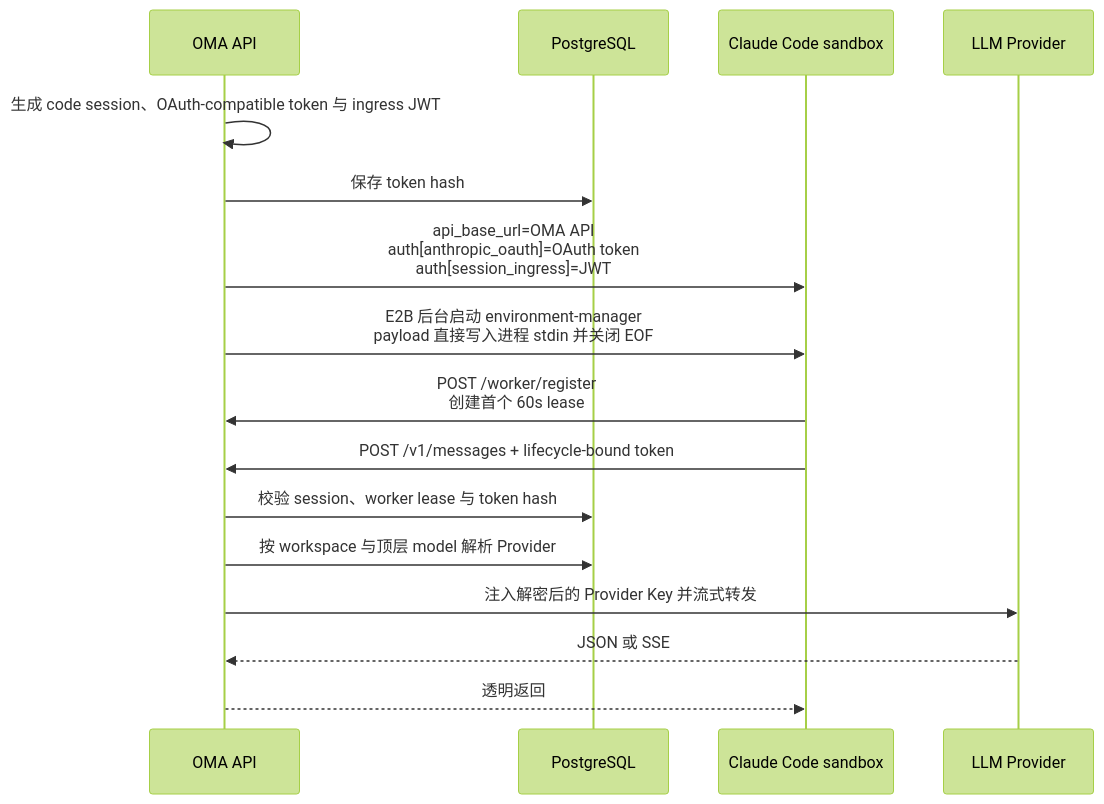
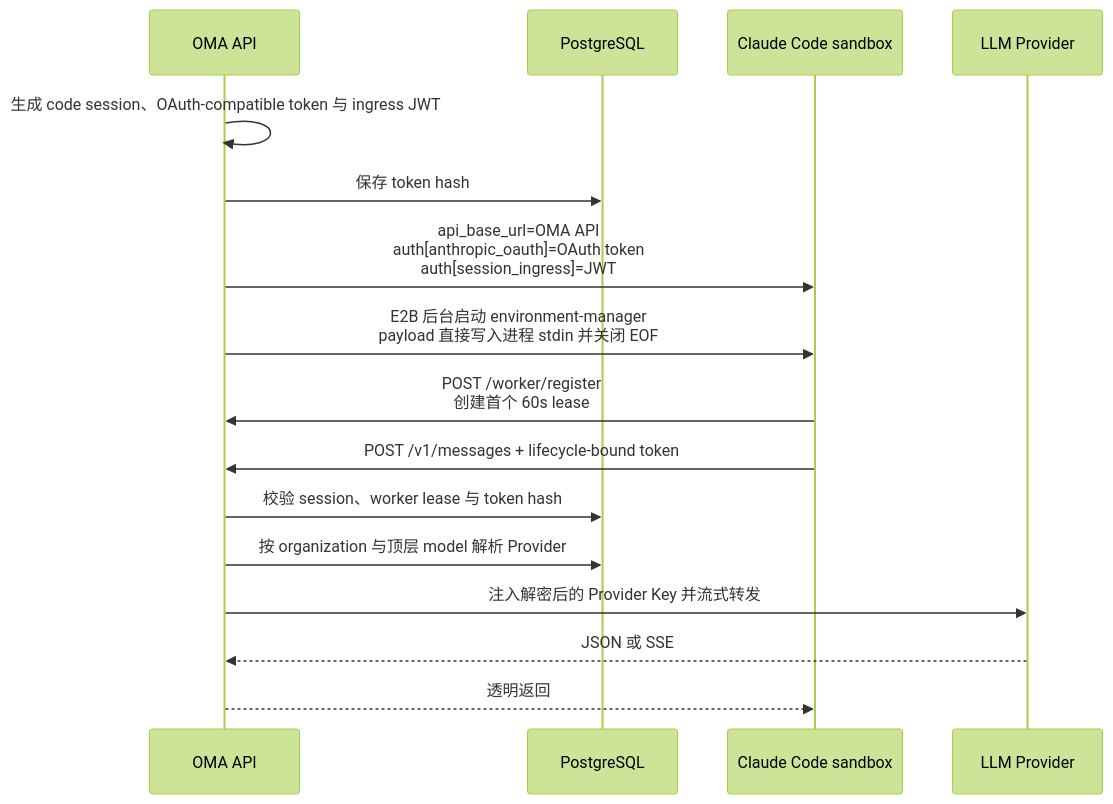
One commit to superduck-ai/open-managed-agents changed the second of 3 diagrams in docs/design/be/messages-proxy.md. Above: the diagram before and after it, drawn with Mermaid (forest theme). The commit also changed other lines of this file and 84 other files, not shown here.

````diff
--- a/docs/design/be/messages-proxy.md
+++ b/docs/design/be/messages-proxy.md
@@ -180,19 +178,19 @@
 ```mermaid
 sequenceDiagram
     participant API as OMA API
     participant DB as PostgreSQL
     participant Sandbox as Claude Code sandbox
     participant Upstream as LLM Provider
 
     API->>API: 生成 code session、OAuth-compatible token 与 ingress JWT
     API->>DB: 保存 token hash
     API->>Sandbox: api_base_url=OMA API<br/>auth[anthropic_oauth]=OAuth token<br/>auth[session_ingress]=JWT
     API->>Sandbox: E2B 后台启动 environment-manager<br/>payload 直接写入进程 stdin 并关闭 EOF
     Sandbox->>API: POST /worker/register<br/>创建首个 60s lease
     Sandbox->>API: POST /v1/messages + lifecycle-bound token
     API->>DB: 校验 session、worker lease 与 token hash
-    API->>DB: 按 workspace 与顶层 model 解析 Provider
+    API->>DB: 按 organization 与顶层 model 解析 Provider
     API->>Upstream: 注入解密后的 Provider Key 并流式转发
     Upstream-->>API: JSON 或 SSE
     API-->>Sandbox: 透明返回
 ```
````
